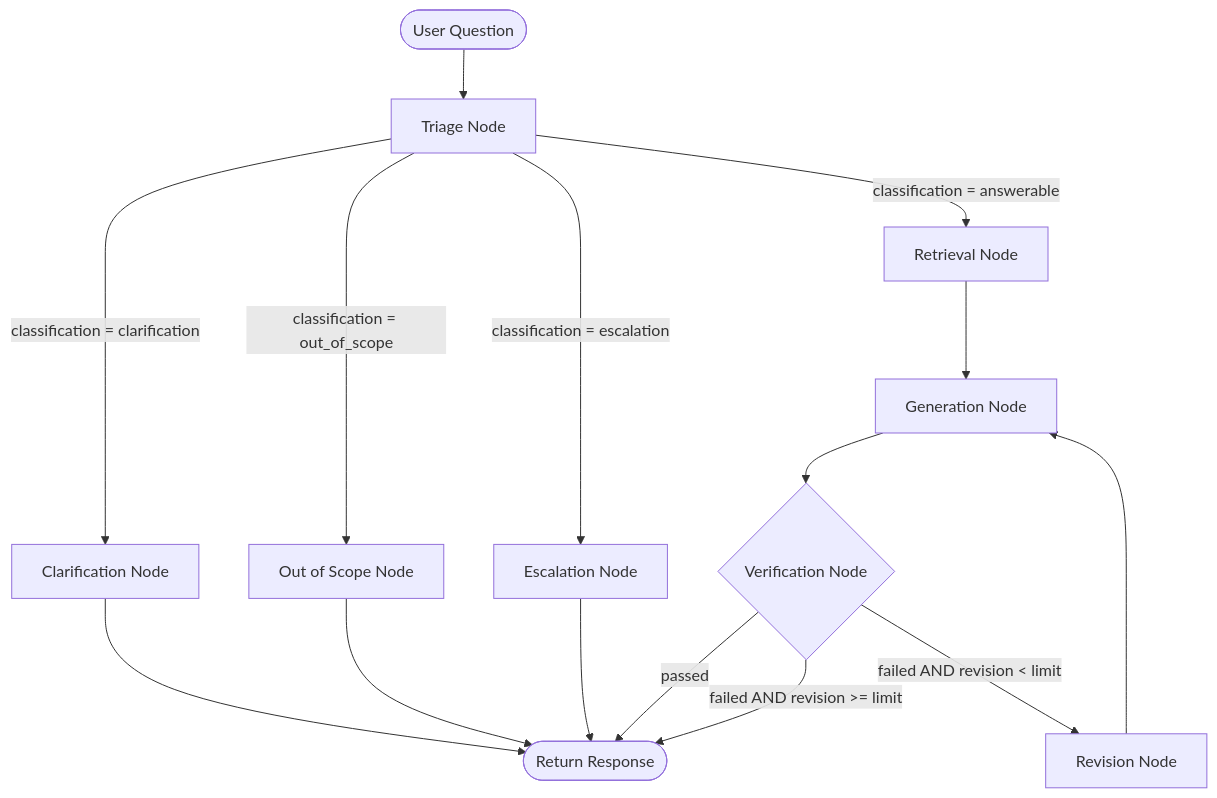
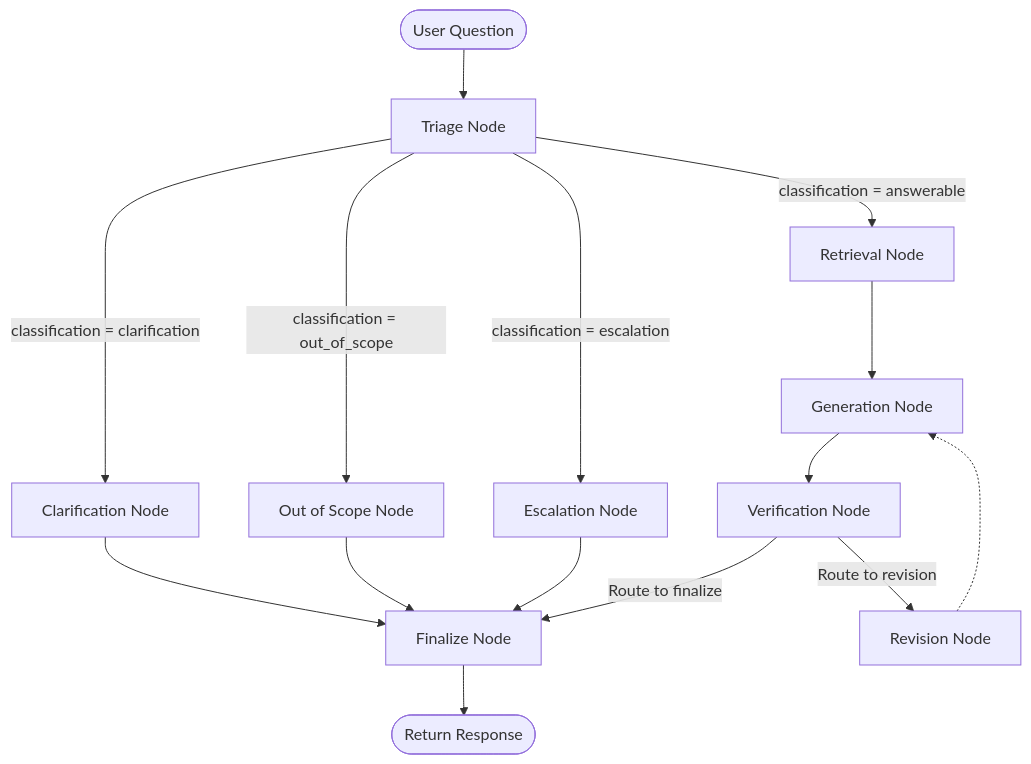
One commit to AvantikaSahu2203/orbitdesk-local-support-agent changed the diagram in README.md. Above: the diagram before and after it, drawn with Mermaid. The commit also changed other lines of this file and 9 other files, not shown here.

````diff
--- a/README.md
+++ b/README.md
@@ -11,15 +31,20 @@
 ```mermaid
 graph TD
     Start([User Question]) --> Triage[Triage Node]
-    Triage -->|classification = clarification| Clarification[Clarification Node] --> End([Return Response])
-    Triage -->|classification = out_of_scope| OutOfScope[Out of Scope Node] --> End
-    Triage -->|classification = escalation| Escalation[Escalation Node] --> End
+    Triage -->|classification = clarification| Clarification[Clarification Node]
+    Triage -->|classification = out_of_scope| OutOfScope[Out of Scope Node]
+    Triage -->|classification = escalation| Escalation[Escalation Node]
     Triage -->|classification = answerable| Retrieval[Retrieval Node]
     
+    Clarification --> Finalize[Finalize Node]
+    OutOfScope --> Finalize
+    Escalation --> Finalize
+    
     Retrieval --> Generation[Generation Node]
-    Generation --> Verification{Verification Node}
+    Generation --> Verification[Verification Node]
     
-    Verification -->|passed| End
-    Verification -->|failed AND revision < limit| Revision[Revision Node] --> Generation
-    Verification -->|failed AND revision >= limit| End
+    Verification -->|Route to finalize| Finalize
+    Verification -->|Route to revision| Revision[Revision Node] -.-> Generation
+    
+    Finalize --> End([Return Response])
 ```
````
